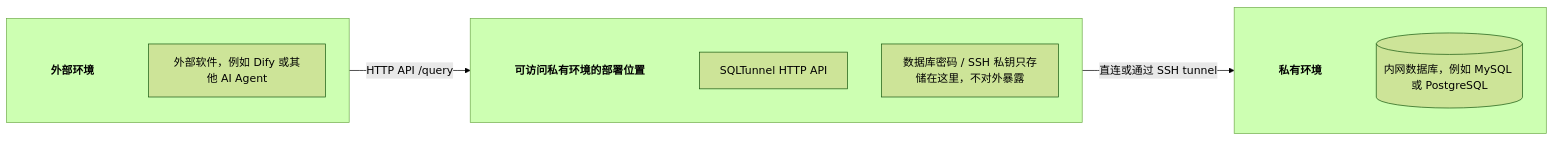
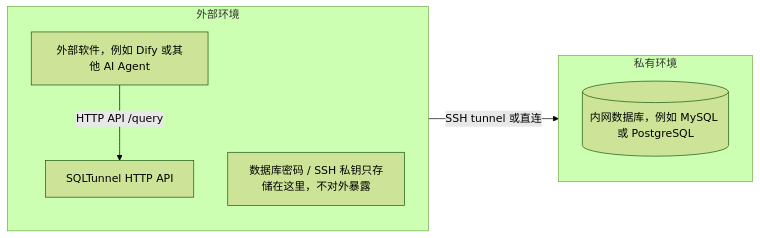
One commit to NemoAlex/SQLTunnel changed the diagram in README.zh-CN.md. Above: the diagram before and after it, drawn with Mermaid (forest theme). The commit also changed other lines of this file and 1 other file, not shown here.

Commit message:
Clarify README deployment flow

````diff
--- a/README.zh-CN.md
+++ b/README.zh-CN.md
@@ -26,28 +26,17 @@
 ```mermaid
 flowchart LR
-  subgraph Clients[" "]
+  subgraph AppSide["外部环境"]
     direction TB
-    ClientsTitle["外部环境"]
     ExternalApp["外部软件，例如 Dify 或其他 AI Agent"]
-  end
-
-  subgraph Gateway[" "]
-    direction TB
-    GatewayTitle["可访问私有环境的部署位置"]
     SQLTunnel["SQLTunnel HTTP API"]
     Secrets["数据库密码 / SSH 私钥只存储在这里，不对外暴露"]
   end
 
-  subgraph Private[" "]
+  subgraph Private["私有环境"]
     direction TB
-    PrivateTitle["私有环境"]
     Database[("内网数据库，例如 MySQL 或 PostgreSQL")]
   end
 
   ExternalApp -->|"HTTP API /query"| SQLTunnel
-  SQLTunnel -->|"直连或通过 SSH tunnel"| Database
-
-  style ClientsTitle fill:transparent,stroke:transparent,font-weight:bold
-  style GatewayTitle fill:transparent,stroke:transparent,font-weight:bold
-  style PrivateTitle fill:transparent,stroke:transparent,font-weight:bold
+  SQLTunnel -->|"SSH tunnel 或直连"| Database
 ```
````
